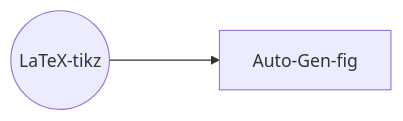
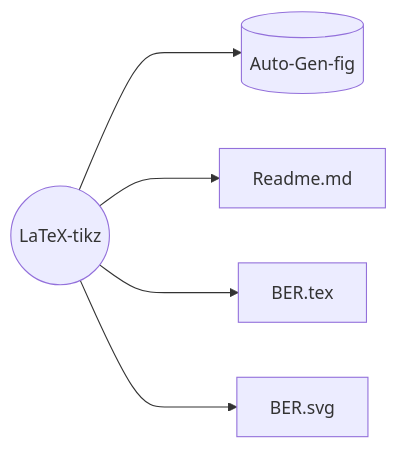
Before and after one commit to Wilhelmine21/Wilhelmine21: the third of 10 diagrams in README.md, drawn with Mermaid. The commit also changed other lines of this file, not shown here.

````diff
--- a/README.md
+++ b/README.md
@@ -34,4 +37,8 @@
 ```mermaid
 graph LR;
-LaTeX-tikz((LaTeX-tikz)) ---> Auto-Gen-fig
+LaTeX-tikz((LaTeX-tikz)) ---> Auto-Gen-fig[(Auto-Gen-fig)]
+
+LaTeX-tikz ---> Readme.md
+LaTeX-tikz ---> BER.tex
+LaTeX-tikz ---> BER.svg
 ```
````
